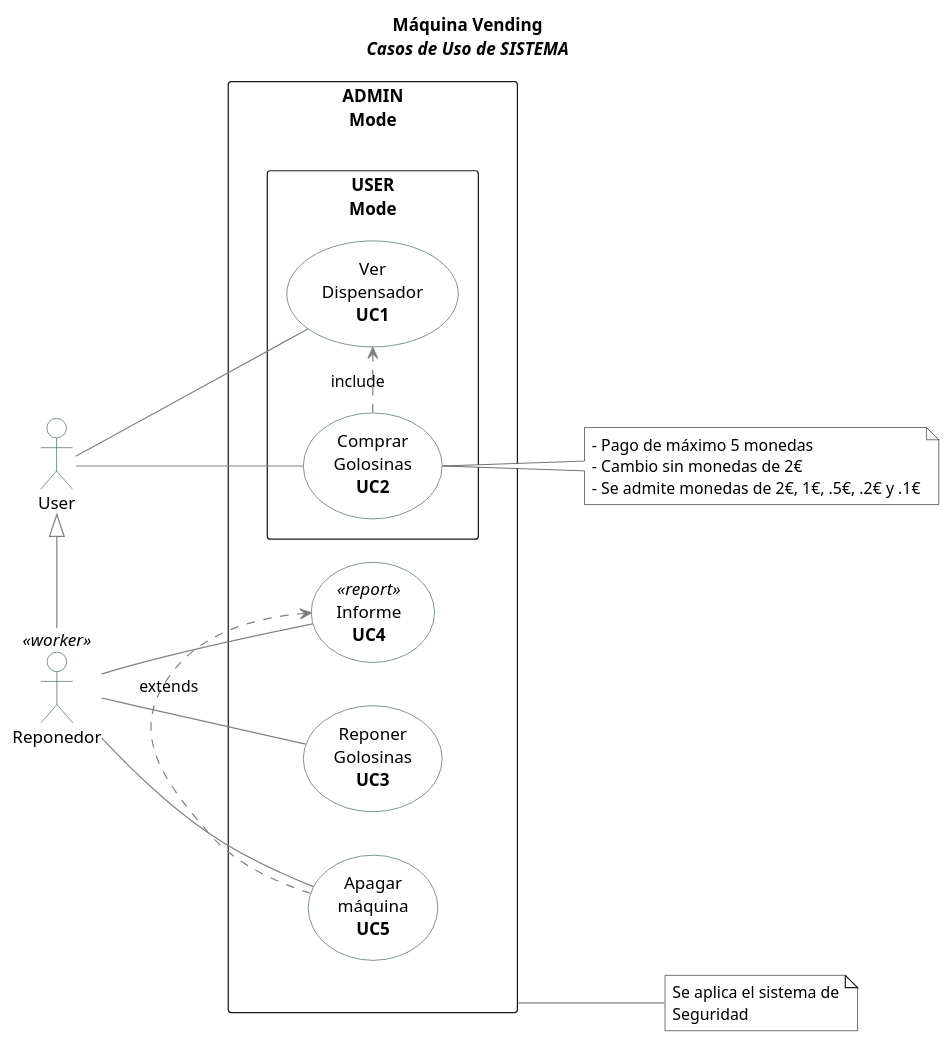
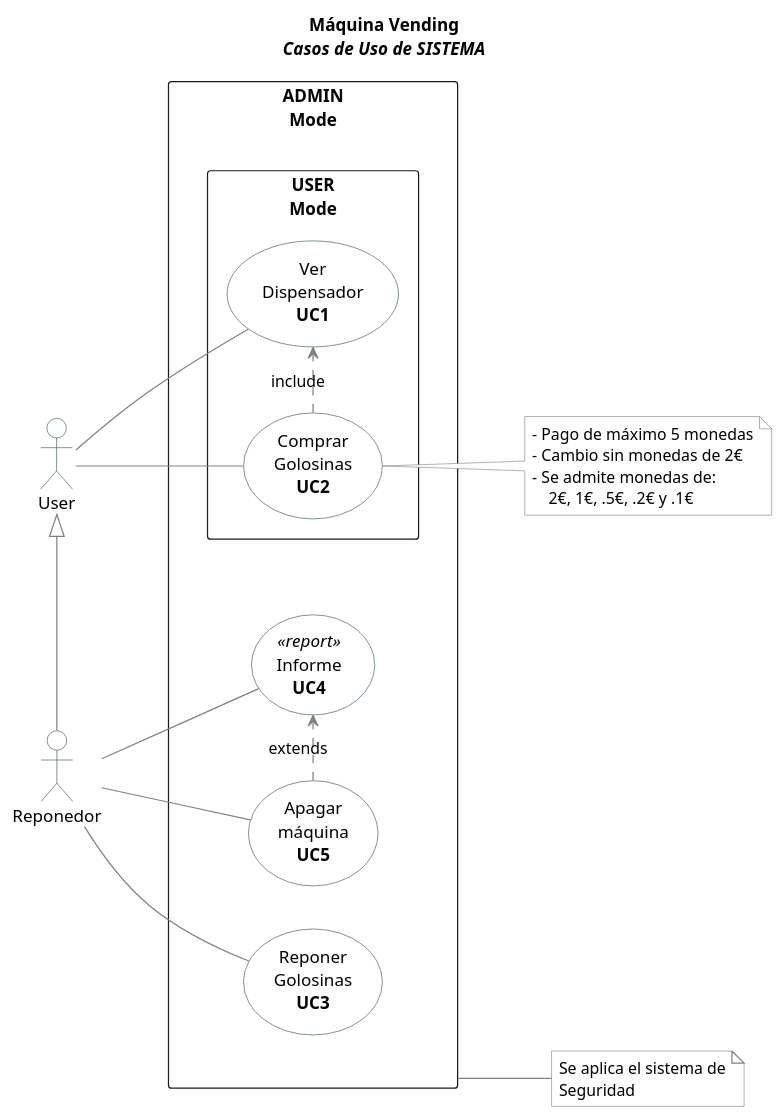
Before and after one commit to srlopez/RUP: the fourth of 6 diagrams in ejemplos/maquina_vending.md, drawn with PlantUML. The commit also changed other lines of this file, not shown here.

````diff
--- a/ejemplos/maquina_vending.md
+++ b/ejemplos/maquina_vending.md
@@ -167,46 +246,58 @@
 ```plantuml
 @startuml
 title == Máquina Vending ==\n<i>Casos de Uso de SISTEMA</i>
 '  skinparam handwritten true
 skinparam usecase {
   BackgroundColor White
   BorderColor DarkSlateGray
   ArrowColor Grey
 }
 skinparam actor {
   BackgroundColor White
   BorderColor DarkSlateGray
   ArrowColor Grey
 }
-
+hide stereotype 
+show <<report>> stereotype 
+skinparam rectangle {
+    shadowing<<nulo>> false
+    FontColor<<nulo>> White
+    Stereotype<<nulo>> White
+    BorderColor<<nulo>> White
+    RoundCorner<<nulo>> 25
+}
+skinparam note {
+    BorderColor  Grey
+}
 
 left to right direction
 :User: as cli
 :Reponedor: as repo <<worker>>
-rectangle ADMIN\nMode as admin {
+rectangle ADMIN\nMode as admin  {
+  rectangle nulo <<nulo>> {
+    (Informe\n<b>UC4</b>) as infor <<report>>
+    (Apagar\nmáquina\n<b>UC5</b>) as off
+  }
   (Reponer\nGolosinas\n<b>UC3</b>) as reponer 
-  (Informe\n<b>UC4</b>) as infor <<report>>
-  (Apagar\nmáquina\n<b>UC5</b>) as off
   rectangle USER\nMode {
     (Ver\nDispensador\n<b>UC1</b>) as ver 
     (Comprar\nGolosinas\n<b>UC2</b>) as vender 
   }
 }
-note "- Pago de máximo 5 monedas\n- Cambio sin monedas de 2€\n- Se admite monedas de 2€, 1€, .5€, .2€ y .1€"  as N1  #white
+note "- Pago de máximo 5 monedas\n- Cambio sin monedas de 2€\n- Se admite monedas de:\n    2€, 1€, .5€, .2€ y .1€"  as N1  #white
 note "Se aplica el sistema de\nSeguridad"  as N2  #white 
 
 repo -l-|> cli
 cli -- vender
 cli -- ver
 repo -- reponer
 repo -- off
 repo -- infor
 
 admin -- N2
 vender -- N1
 
-
 vender .r.> ver: include
 off .r.> infor: extends
 @enduml
 ```
````
